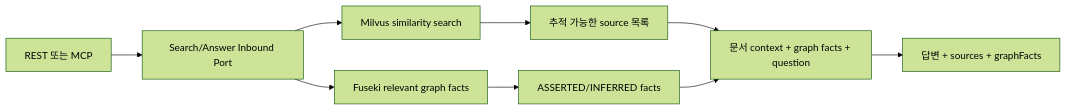
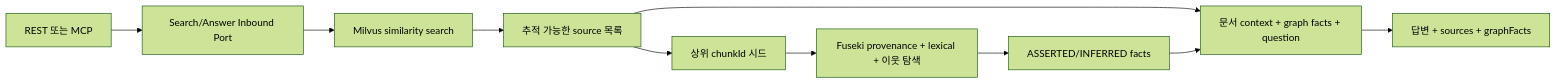
One commit to limjeahun/knowledge-rag-platform changed the second of 2 diagrams in docs/architecture/rag-target-architecture.md. Above: the diagram before and after it, drawn with Mermaid (forest theme). The commit also changed other lines of this file and 46 other files, not shown here.

````diff
--- a/docs/architecture/rag-target-architecture.md
+++ b/docs/architecture/rag-target-architecture.md
@@ -116,11 +116,12 @@
 ```mermaid
 flowchart LR
     Client["REST 또는 MCP"] --> Port["Search/Answer Inbound Port"]
     Port --> Milvus["Milvus similarity search"]
-    Port --> SPARQL["Fuseki relevant graph facts"]
     Milvus --> Sources["추적 가능한 source 목록"]
+    Sources --> Seeds["상위 chunkId 시드"]
+    Seeds --> SPARQL["Fuseki provenance + lexical + 이웃 탐색"]
     SPARQL --> Facts["ASSERTED/INFERRED facts"]
     Sources --> Ollama["문서 context + graph facts + question"]
     Facts --> Ollama
     Ollama --> Answer["답변 + sources + graphFacts"]
 ```
````
